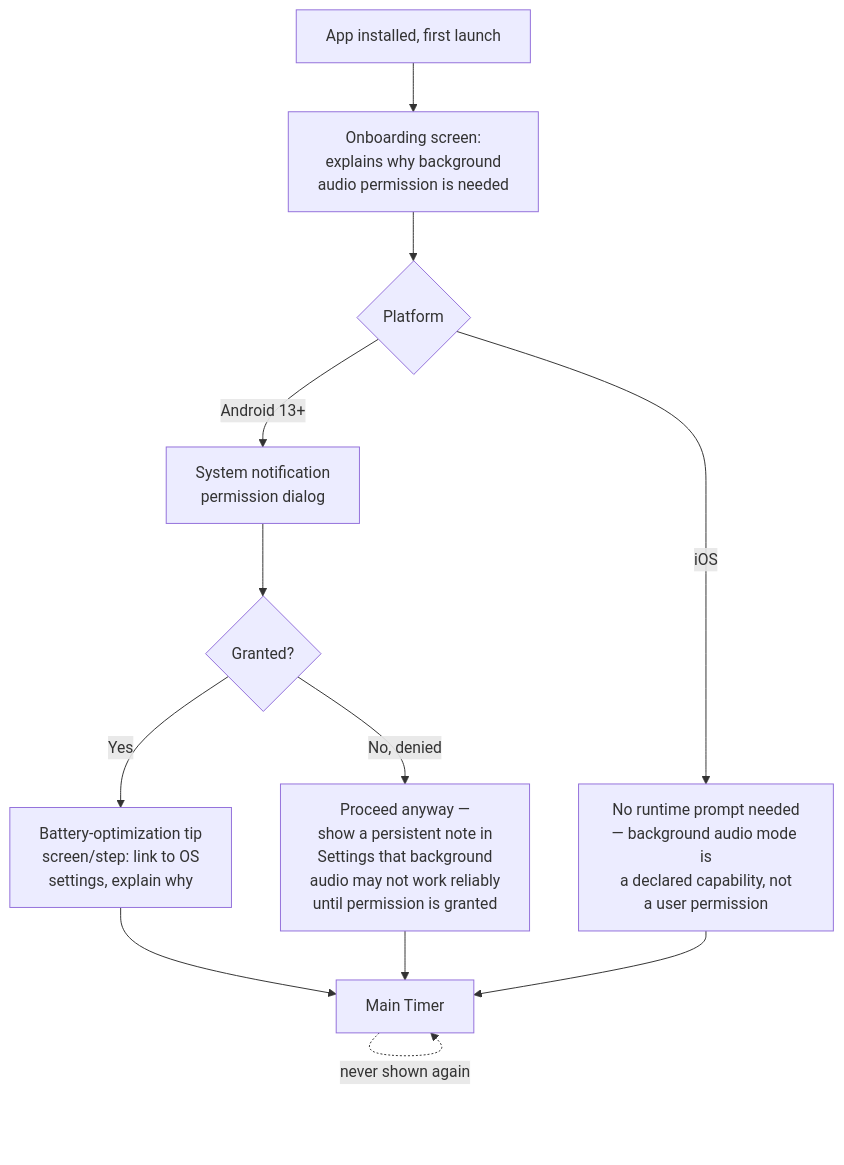
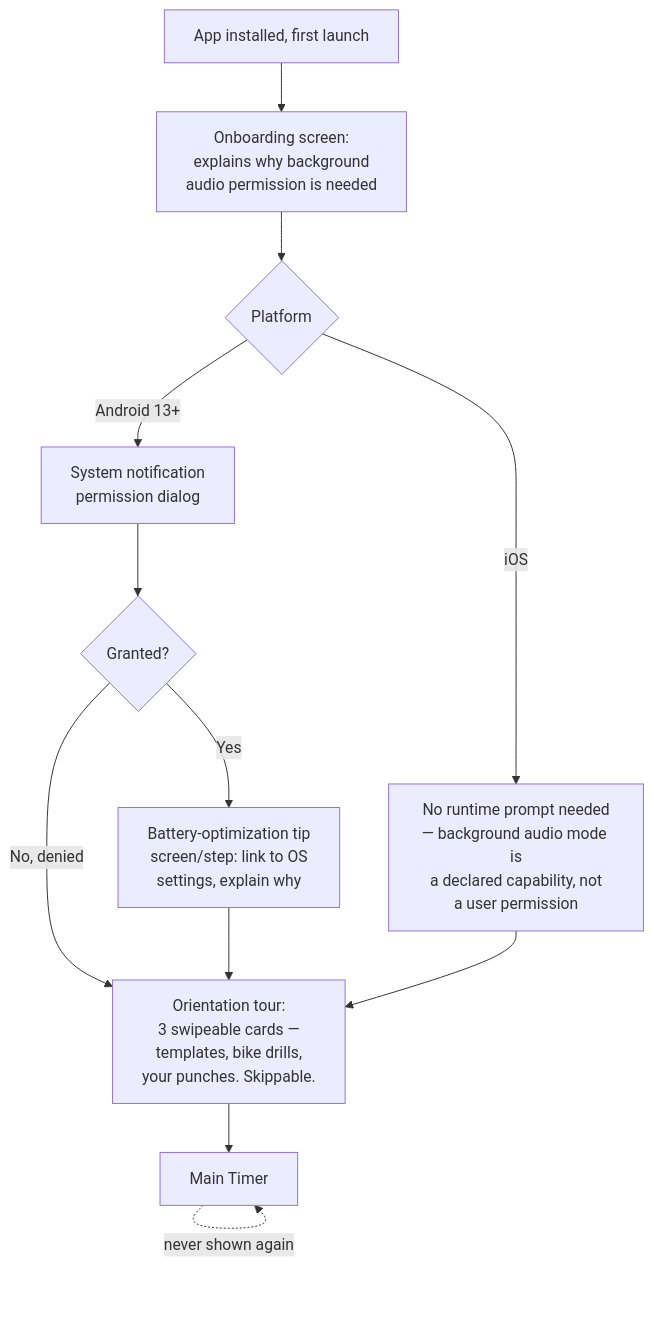
The first of 4 diagrams in docs/user-flows.md (garyreyes/Cornerman-2), drawn with Mermaid before and after one commit. The commit also changed other lines of this file and 11 other files, not shown here.

````diff
--- a/docs/user-flows.md
+++ b/docs/user-flows.md
@@ -74,14 +75,14 @@
 ```mermaid
 flowchart TD
     A[App installed, first launch] --> B[Onboarding screen:\nexplains why background\naudio permission is needed]
     B --> C{Platform}
     C -->|Android 13+| D[System notification\npermission dialog]
     C -->|iOS| E[No runtime prompt needed\n— background audio mode is\na declared capability, not\na user permission]
     D --> F{Granted?}
     F -->|Yes| G[Battery-optimization tip\nscreen/step: link to OS\nsettings, explain why]
-    F -->|No, denied| H[Proceed anyway —\nshow a persistent note in\nSettings that background\naudio may not work reliably\nuntil permission is granted]
-    G --> I[Main Timer]
-    E --> I
-    H --> I
+    F -->|No, denied| T
+    G --> T[Orientation tour:\n3 swipeable cards —\ntemplates, bike drills,\nyour punches. Skippable.]
+    E --> T
+    T --> I[Main Timer]
     I -.never shown again.-> I
 ```
````
